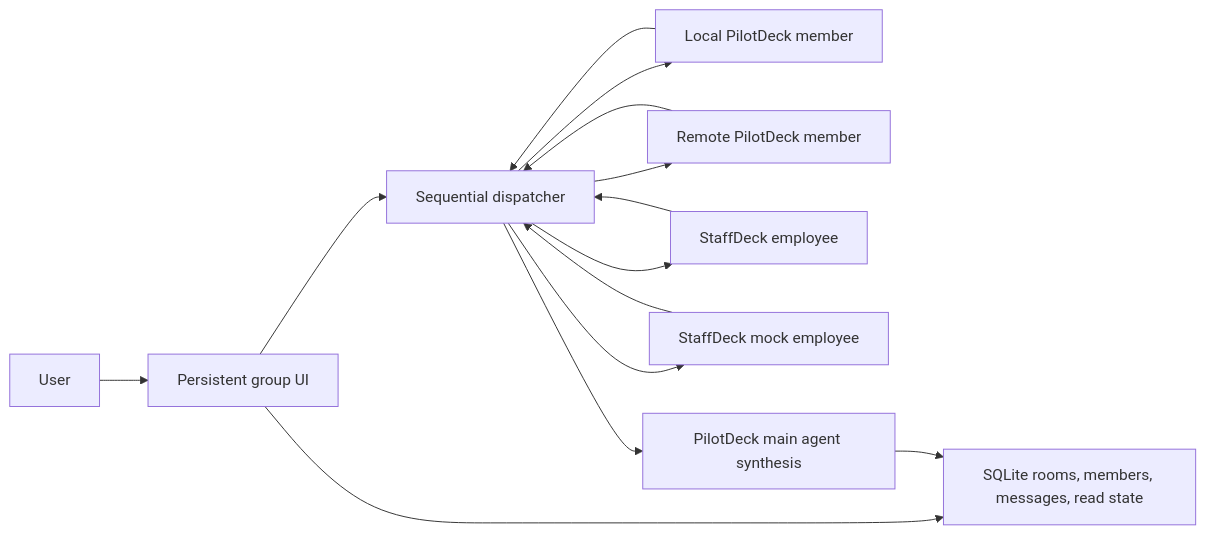
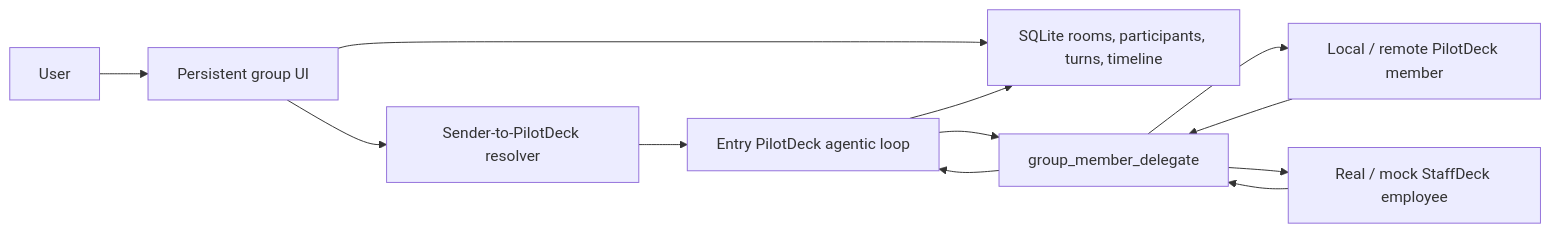
Before and after one commit to OpenBMB/PilotDeck: the diagram in docs/group-chat-mvp.md, drawn with Mermaid. The commit also changed other lines of this file and 25 other files, not shown here.

Commit message:
feat(group-chat): add intelligent agent coordination

````diff
--- a/docs/group-chat-mvp.md
+++ b/docs/group-chat-mvp.md
@@ -18,16 +26,14 @@
 ```mermaid
 flowchart LR
   U["User"] --> UI["Persistent group UI"]
-  UI --> DB["SQLite rooms, members, messages, read state"]
-  UI --> D["Sequential dispatcher"]
-  D --> LP["Local PilotDeck member"]
-  D --> RP["Remote PilotDeck member"]
-  D --> SE["StaffDeck employee"]
-  D --> SM["StaffDeck mock employee"]
-  LP --> D
-  RP --> D
-  SE --> D
-  SM --> D
-  D --> MAIN["PilotDeck main agent synthesis"]
+  UI --> DB["SQLite rooms, participants, turns, timeline"]
+  UI --> R["Sender-to-PilotDeck resolver"]
+  R --> MAIN["Entry PilotDeck agentic loop"]
+  MAIN --> T["group_member_delegate"]
+  T --> LP["Local / remote PilotDeck member"]
+  T --> SE["Real / mock StaffDeck employee"]
+  LP --> T
+  SE --> T
+  T --> MAIN
   MAIN --> DB
 ```
````
